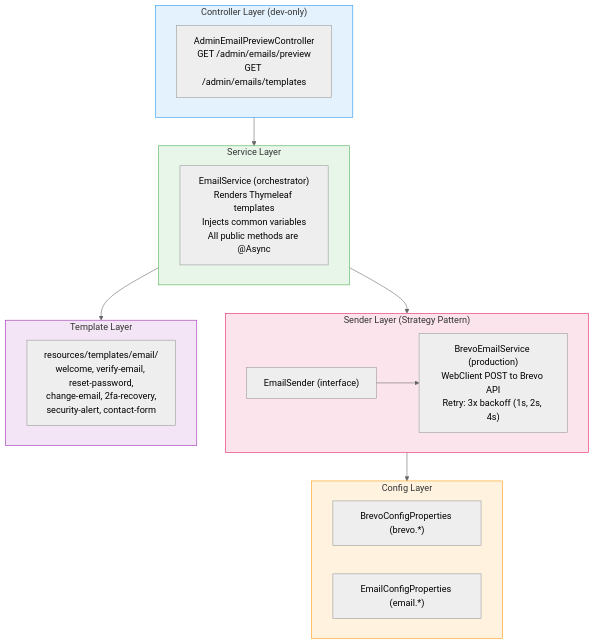
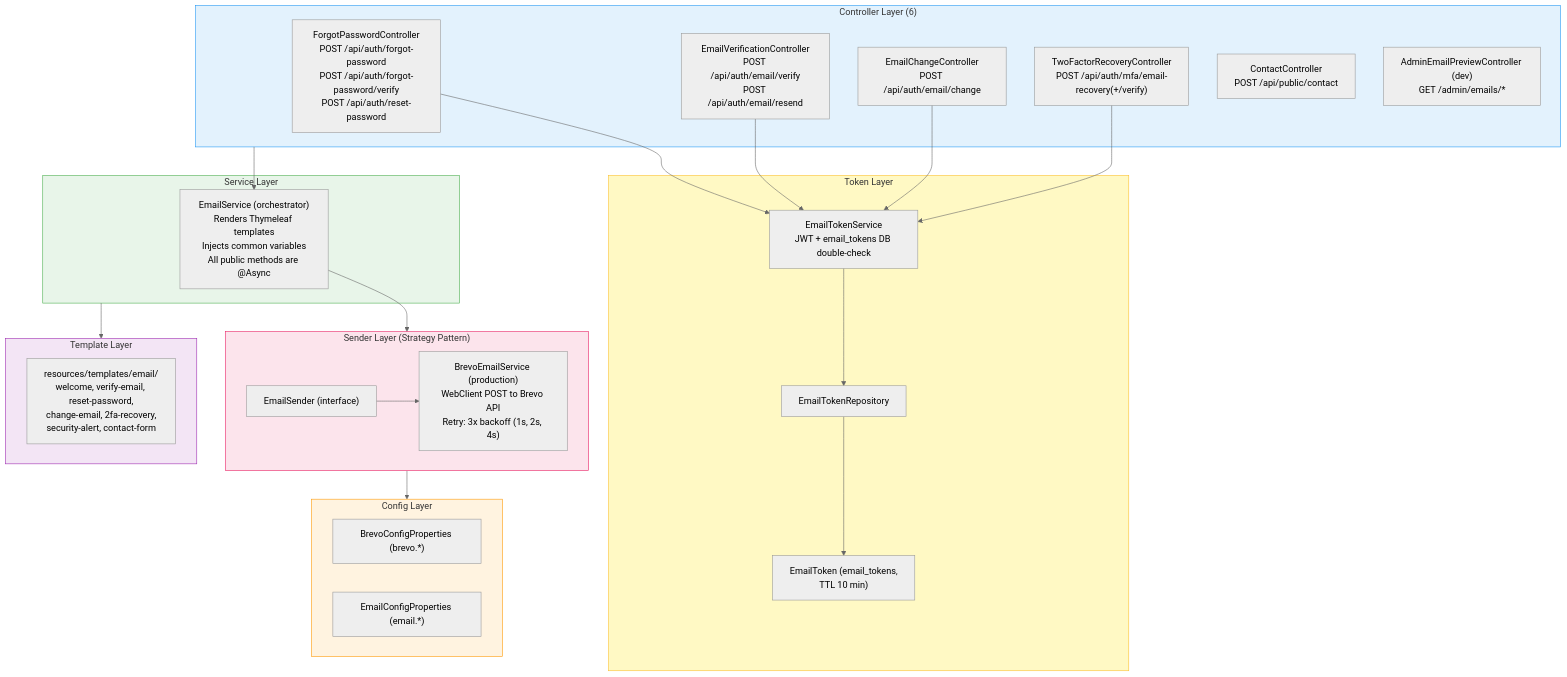
One commit to urvagandhi/coinTrack changed the second of 4 diagrams in backend/src/main/java/com/urva/myfinance/coinTrack/email/README.md. Above: the diagram before and after it, drawn with Mermaid (neutral theme). The commit also changed other lines of this file and 34 other files, not shown here.

````diff
--- a/backend/src/main/java/com/urva/myfinance/coinTrack/email/README.md
+++ b/backend/src/main/java/com/urva/myfinance/coinTrack/email/README.md
@@ -90,36 +99,54 @@
 ```mermaid
 graph TD
-    subgraph CTRL["Controller Layer (dev-only)"]
-        APC["AdminEmailPreviewController<br/>GET /admin/emails/preview<br/>GET /admin/emails/templates"]
+    subgraph CTRL["Controller Layer (6)"]
+        FPC["ForgotPasswordController<br/>POST /api/auth/forgot-password<br/>POST /api/auth/forgot-password/verify<br/>POST /api/auth/reset-password"]
+        EVC["EmailVerificationController<br/>POST /api/auth/email/verify<br/>POST /api/auth/email/resend"]
+        ECC["EmailChangeController<br/>POST /api/auth/email/change"]
+        TRC["TwoFactorRecoveryController<br/>POST /api/auth/mfa/email-recovery(+/verify)"]
+        CC["ContactController<br/>POST /api/public/contact"]
+        APC["AdminEmailPreviewController (dev)<br/>GET /admin/emails/*"]
+    end
+
+    subgraph TOK["Token Layer"]
+        ETS["EmailTokenService<br/>JWT + email_tokens DB double-check"]
+        ETR["EmailTokenRepository"]
+        ET["EmailToken (email_tokens,<br/>TTL 10 min)"]
+        ETS --> ETR
+        ETR --> ET
     end
 
     subgraph SVC["Service Layer"]
         ESV["EmailService (orchestrator)<br/>Renders Thymeleaf templates<br/>Injects common variables<br/>All public methods are @Async"]
     end
 
     subgraph SEND["Sender Layer (Strategy Pattern)"]
         IF["EmailSender (interface)"]
         BES["BrevoEmailService (production)<br/>WebClient POST to Brevo API<br/>Retry: 3x backoff (1s, 2s, 4s)"]
         IF --> BES
     end
 
     subgraph CFG["Config Layer"]
         BCP["BrevoConfigProperties (brevo.*)"]
         ECP["EmailConfigProperties (email.*)"]
     end
 
     subgraph TPL["Template Layer"]
         TF["resources/templates/email/<br/>welcome, verify-email, reset-password,<br/>change-email, 2fa-recovery,<br/>security-alert, contact-form"]
     end
 
-    CTRL --> SVC
-    SVC --> SEND
+    FPC --> ETS
+    EVC --> ETS
+    ECC --> ETS
+    TRC --> ETS
+    CTRL --> ESV
+    ESV --> SEND
     SEND --> CFG
     SVC --> TPL
 
     style CTRL fill:#e3f2fd,stroke:#2196F3
+    style TOK fill:#fff9c4,stroke:#FBC02D
     style SVC fill:#e8f5e9,stroke:#4CAF50
     style SEND fill:#fce4ec,stroke:#E91E63
     style CFG fill:#fff3e0,stroke:#FF9800
     style TPL fill:#f3e5f5,stroke:#9C27B0
 ```
````
